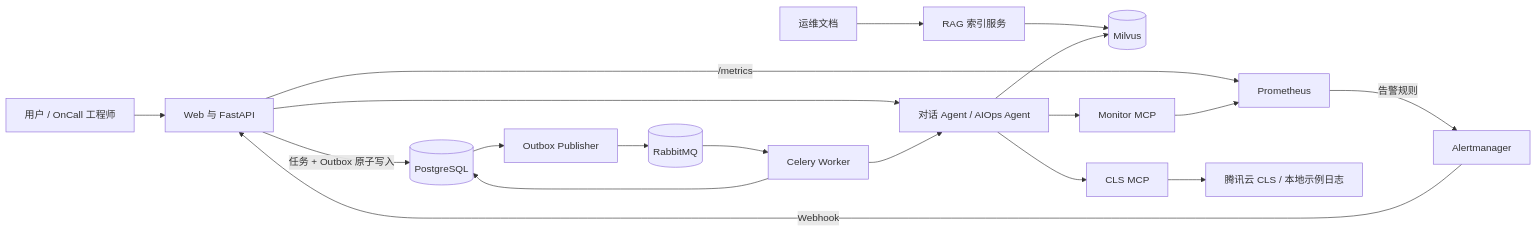
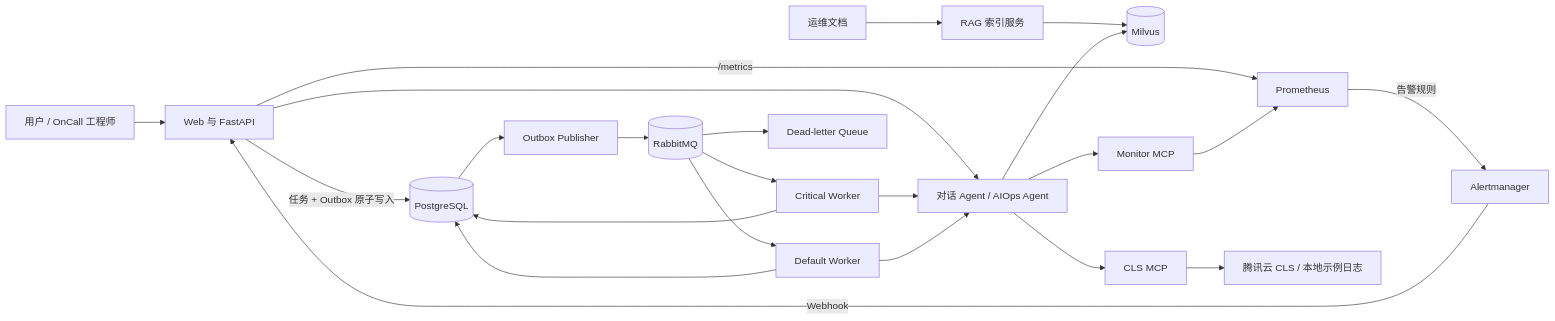
The diagram in README.md (relievedkk/ai-oncall-diagnosis-platform), drawn with Mermaid before and after one commit. The commit also changed other lines of this file and 47 other files, not shown here.

````diff
--- a/README.md
+++ b/README.md
@@ -21,21 +23,25 @@
 ```mermaid
 flowchart LR
     User[用户 / OnCall 工程师] --> Web[Web 与 FastAPI]
     Docs[运维文档] --> RAG[RAG 索引服务]
     RAG --> Milvus[(Milvus)]
     Web -->|任务 + Outbox 原子写入| PostgreSQL[(PostgreSQL)]
     Web --> Agent[对话 Agent / AIOps Agent]
     Agent --> Milvus
     Agent --> Monitor[Monitor MCP]
     Agent --> CLS[CLS MCP]
     Web -->|/metrics| Prometheus[Prometheus]
     Prometheus -->|告警规则| Alertmanager[Alertmanager]
     Alertmanager -->|Webhook| Web
     PostgreSQL --> Publisher[Outbox Publisher]
     Publisher --> RabbitMQ[(RabbitMQ)]
-    RabbitMQ --> Worker[Celery Worker]
-    Worker --> Agent
-    Worker --> PostgreSQL
+    RabbitMQ --> CriticalWorker[Critical Worker]
+    RabbitMQ --> DefaultWorker[Default Worker]
+    RabbitMQ --> DLQ[Dead-letter Queue]
+    CriticalWorker --> Agent
+    DefaultWorker --> Agent
+    CriticalWorker --> PostgreSQL
+    DefaultWorker --> PostgreSQL
     Monitor --> Prometheus
     CLS --> Logs[腾讯云 CLS / 本地示例日志]
 ```
````
